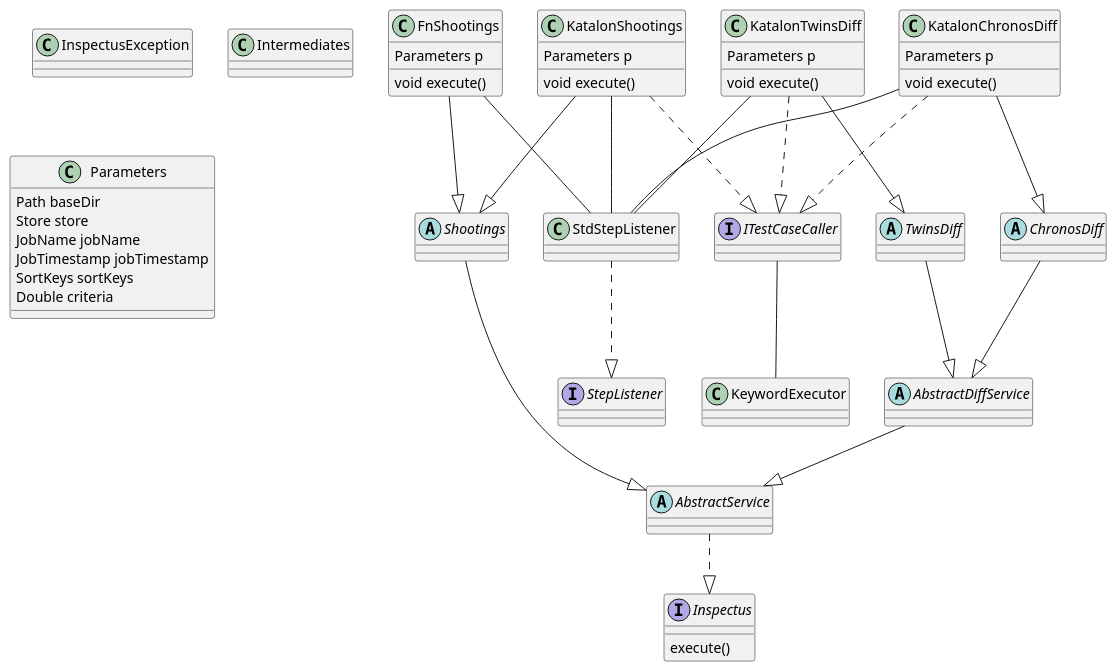
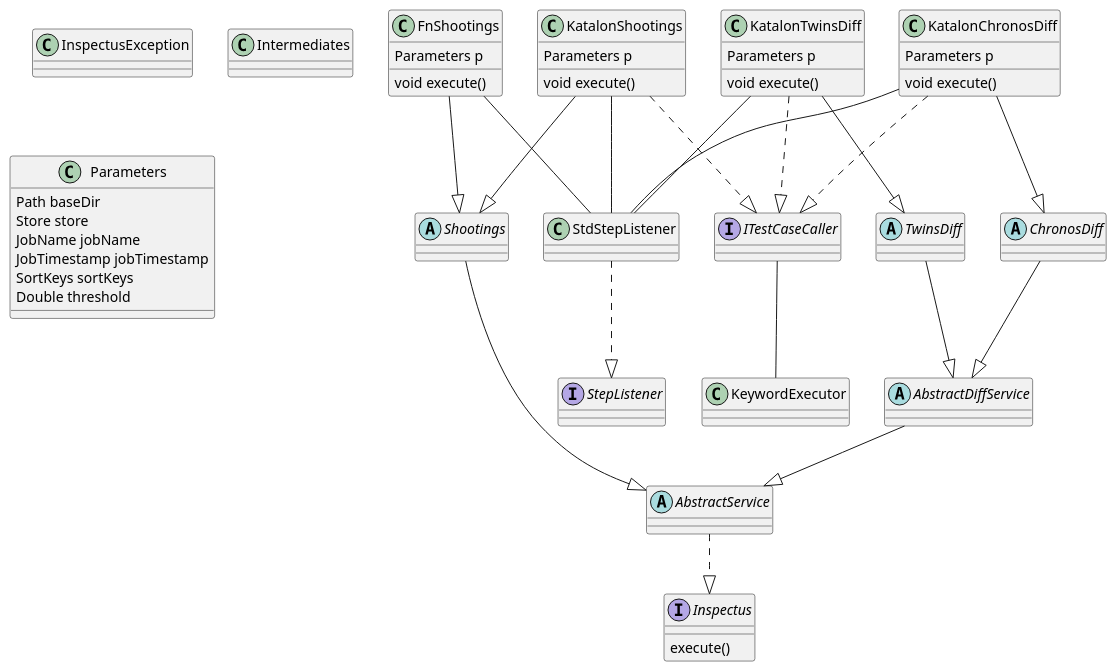
One commit to kazurayam/inspectus changed the diagram in docs/diagrams/src/class.pu. Above: the diagram before and after it, drawn with PlantUML. The commit also changed 62 other files, not shown here.

```diff
--- a/docs/diagrams/src/class.pu
+++ b/docs/diagrams/src/class.pu
@@ -1,58 +1,58 @@
 @startuml
 abstract class "AbstractDiffService"
 abstract class "AbstractService"
 abstract class "ChronosDiff"
 interface "Inspectus"
 Inspectus : execute()
 class "InspectusException"
 class "Intermediates"
 class "Parameters" {
   Path baseDir
   Store store
   JobName jobName
   JobTimestamp jobTimestamp
   SortKeys sortKeys
-  Double criteria
+  Double threshold
 }
 abstract class "Shootings"
 class "StdStepListener"
 interface "StepListener"
 abstract class "TwinsDiff"
 class "FnShootings" {
   Parameters p
   void execute()
 }
 interface "ITestCaseCaller"
 class "KatalonChronosDiff" {
   Parameters p
   void execute()
 }
 class "KatalonShootings" {
   Parameters p
   void execute()
 }
 class "KatalonTwinsDiff" {
   Parameters p
   void execute()
 }
 class "KeywordExecutor"
 
 AbstractService ..|> Inspectus
 AbstractDiffService --|> AbstractService
 Shootings --|> AbstractService
 FnShootings --|> Shootings
 ChronosDiff --|> AbstractDiffService
 TwinsDiff --|> AbstractDiffService
 KatalonShootings --|> Shootings
 KatalonChronosDiff --|> ChronosDiff
 KatalonTwinsDiff --|> TwinsDiff
 StdStepListener ..|> StepListener
 ITestCaseCaller -- KeywordExecutor
 KatalonChronosDiff ..|> ITestCaseCaller
 KatalonTwinsDiff ..|> ITestCaseCaller
 KatalonShootings ..|> ITestCaseCaller
 FnShootings -- StdStepListener
 KatalonChronosDiff -- StdStepListener
 KatalonTwinsDiff -- StdStepListener
 KatalonShootings -- StdStepListener
 @enduml
```
